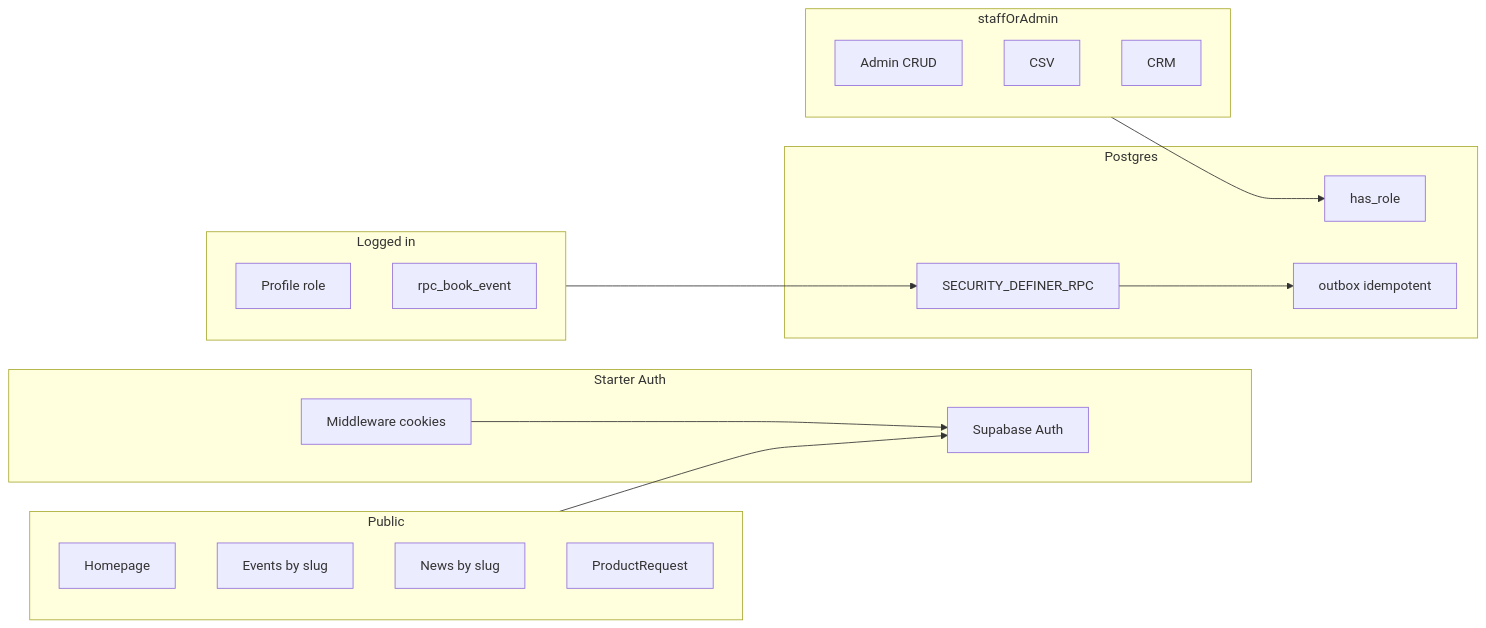
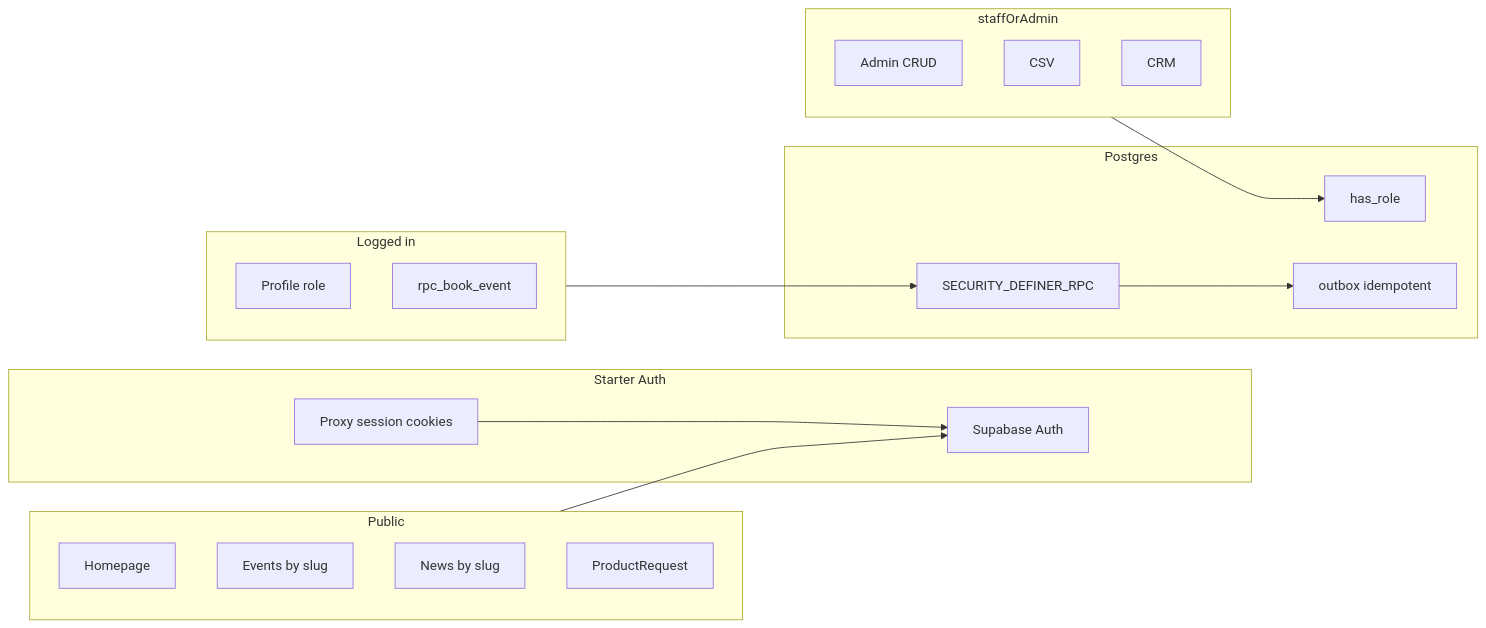
The diagram in ROADMAP.md (KeledanAI/mana-nero), drawn with Mermaid before and after one commit. The commit also changed other lines of this file and 29 other files, not shown here.

````diff
--- a/ROADMAP.md
+++ b/ROADMAP.md
@@ -133,32 +148,32 @@
 ```mermaid
 flowchart LR
   subgraph public [Public]
     HP[Homepage]
     EV[Events by slug]
     NW[News by slug]
     PR[ProductRequest]
   end
   subgraph auth [Starter Auth]
     SUP[Supabase Auth]
-    MW[Middleware cookies]
+    PRX[Proxy session cookies]
   end
   subgraph user [Logged in]
     PROF[Profile role]
     BOOK[rpc_book_event]
   end
   subgraph sql [Postgres]
     HR[has_role]
     RPC[SECURITY_DEFINER_RPC]
     OBX[outbox idempotent]
   end
   subgraph admin [staffOrAdmin]
     ADM[Admin CRUD]
     CSV[CSV]
     CRM[CRM]
   end
   public --> SUP
   user --> RPC
   RPC --> OBX
   admin --> HR
-  MW --> SUP
+  PRX --> SUP
 ```
````
